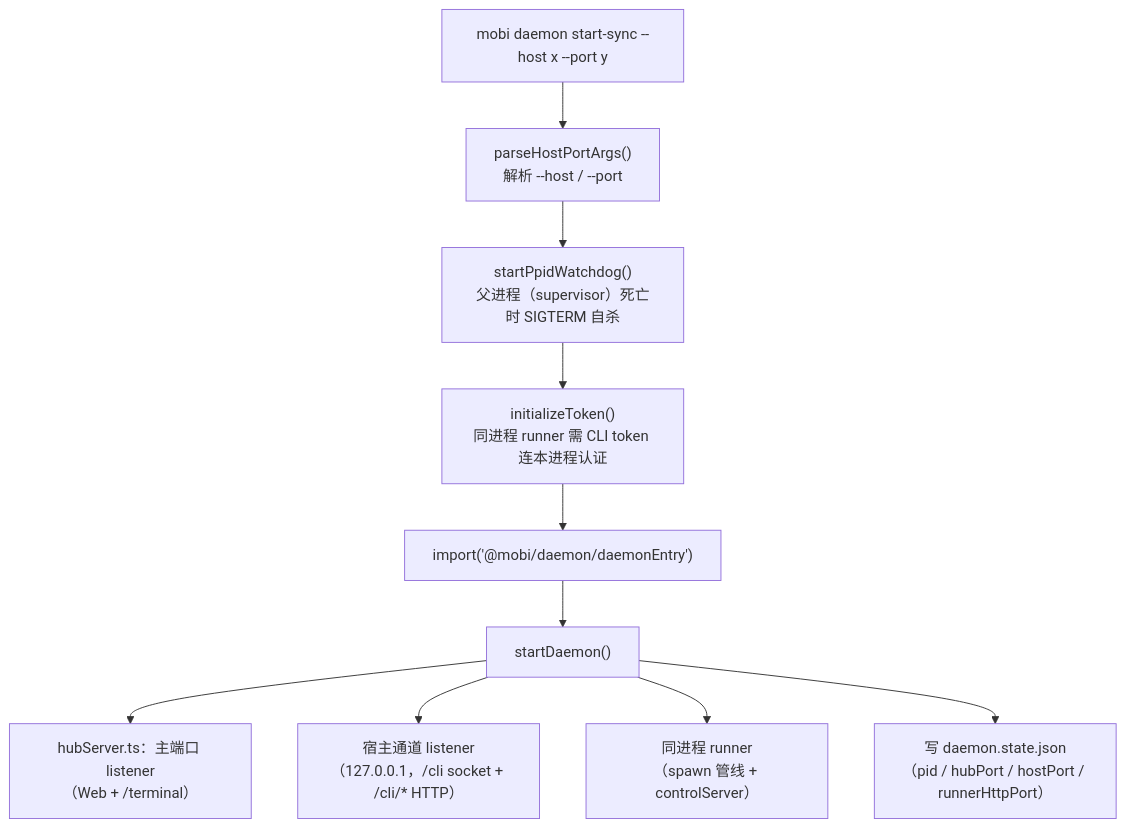
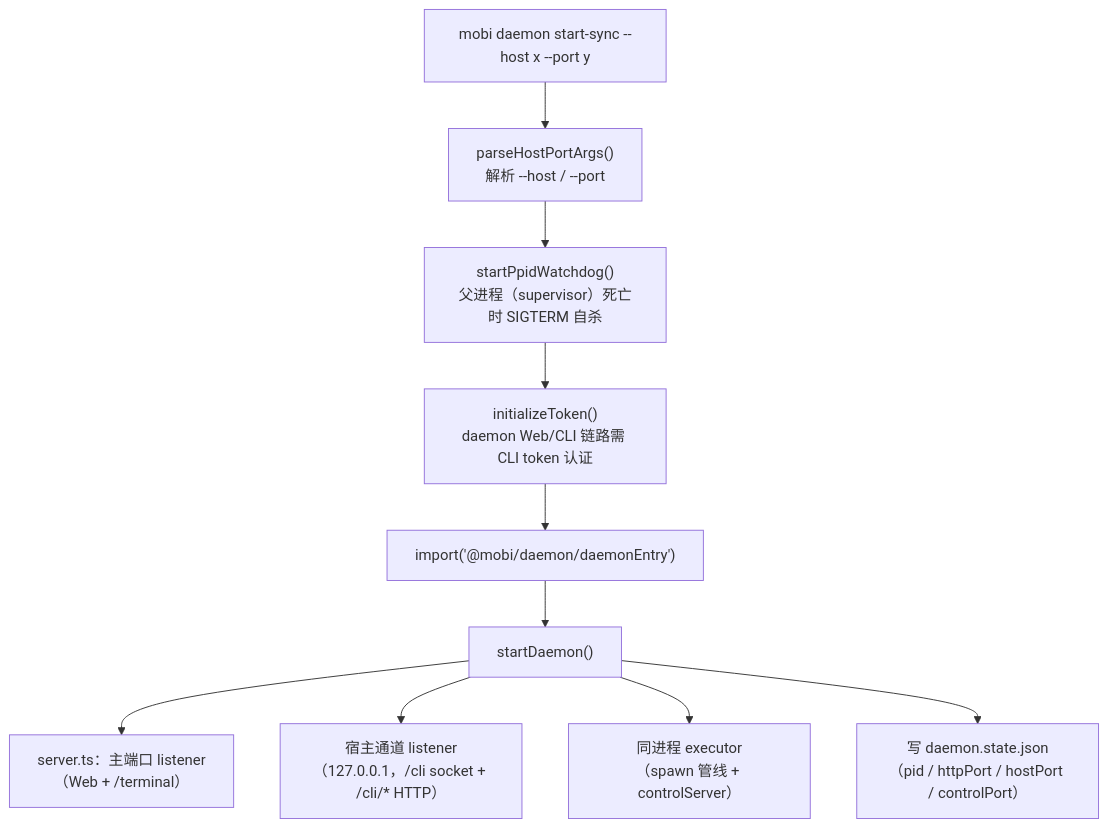
Before and after one commit to ModuBit/mobi: the diagram in docs/architecture/cli/commands/daemon/README.md, drawn with Mermaid. The commit also changed other lines of this file and 86 other files, not shown here.

First line of the commit message:
remove-machine 603: 文档与 ADR 收尾——ADR 0011 + 架构文档全量去 hub/runner/machine 词汇

````diff
--- a/docs/architecture/cli/commands/daemon/README.md
+++ b/docs/architecture/cli/commands/daemon/README.md
@@ -11,12 +11,12 @@
 ```mermaid
 flowchart TB
     Start["mobi daemon start-sync --host x --port y"] --> Parse["parseHostPortArgs()<br/>解析 --host / --port"]
     Parse --> Watchdog["startPpidWatchdog()<br/>父进程（supervisor）死亡时 SIGTERM 自杀"]
-    Watchdog --> Token["initializeToken()<br/>同进程 runner 需 CLI token 连本进程认证"]
+    Watchdog --> Token["initializeToken()<br/>daemon Web/CLI 链路需 CLI token 认证"]
     Token --> Import["import('@mobi/daemon/daemonEntry')"]
     Import --> Entry["startDaemon()"]
-    Entry --> Hub["hubServer.ts：主端口 listener<br/>（Web + /terminal）"]
+    Entry --> Server["server.ts：主端口 listener<br/>（Web + /terminal）"]
     Entry --> Host["宿主通道 listener<br/>（127.0.0.1，/cli socket + /cli/* HTTP）"]
-    Entry --> Runner["同进程 runner<br/>（spawn 管线 + controlServer）"]
-    Entry --> State["写 daemon.state.json<br/>（pid / hubPort / hostPort / runnerHttpPort）"]
+    Entry --> Executor["同进程 executor<br/>（spawn 管线 + controlServer）"]
+    Entry --> State["写 daemon.state.json<br/>（pid / httpPort / hostPort / controlPort）"]
 ```
````
